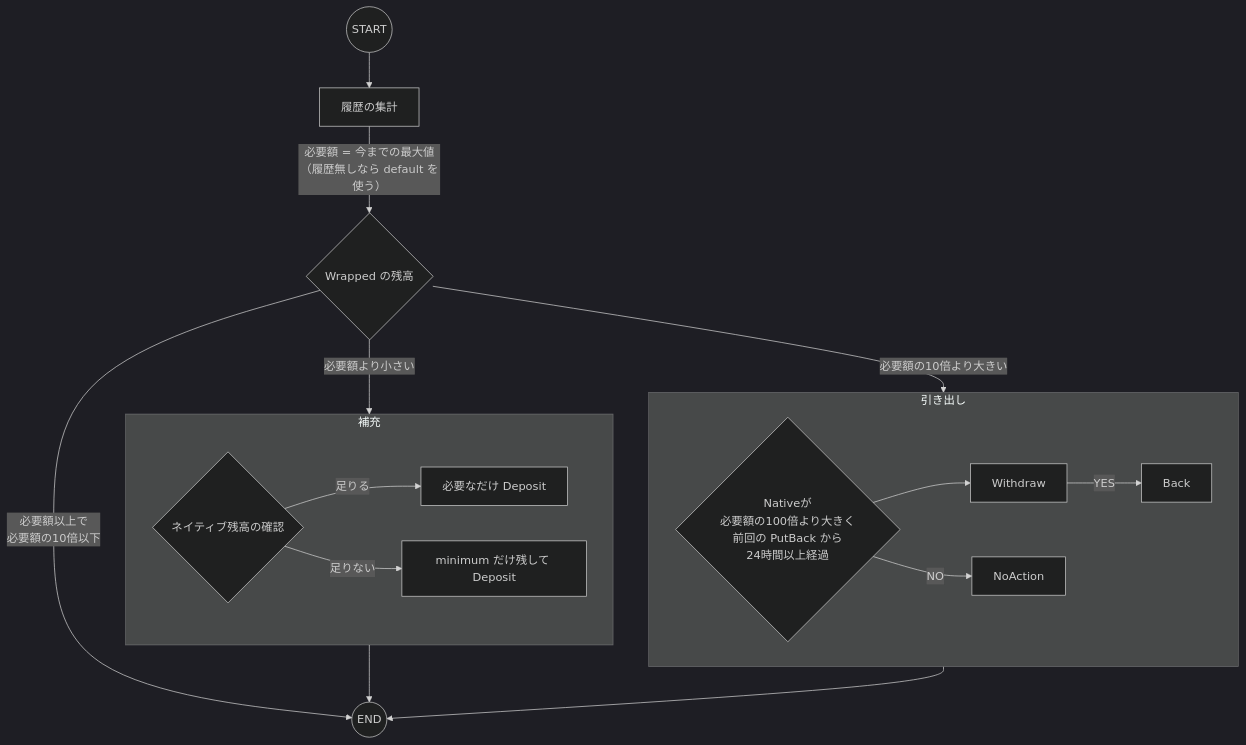
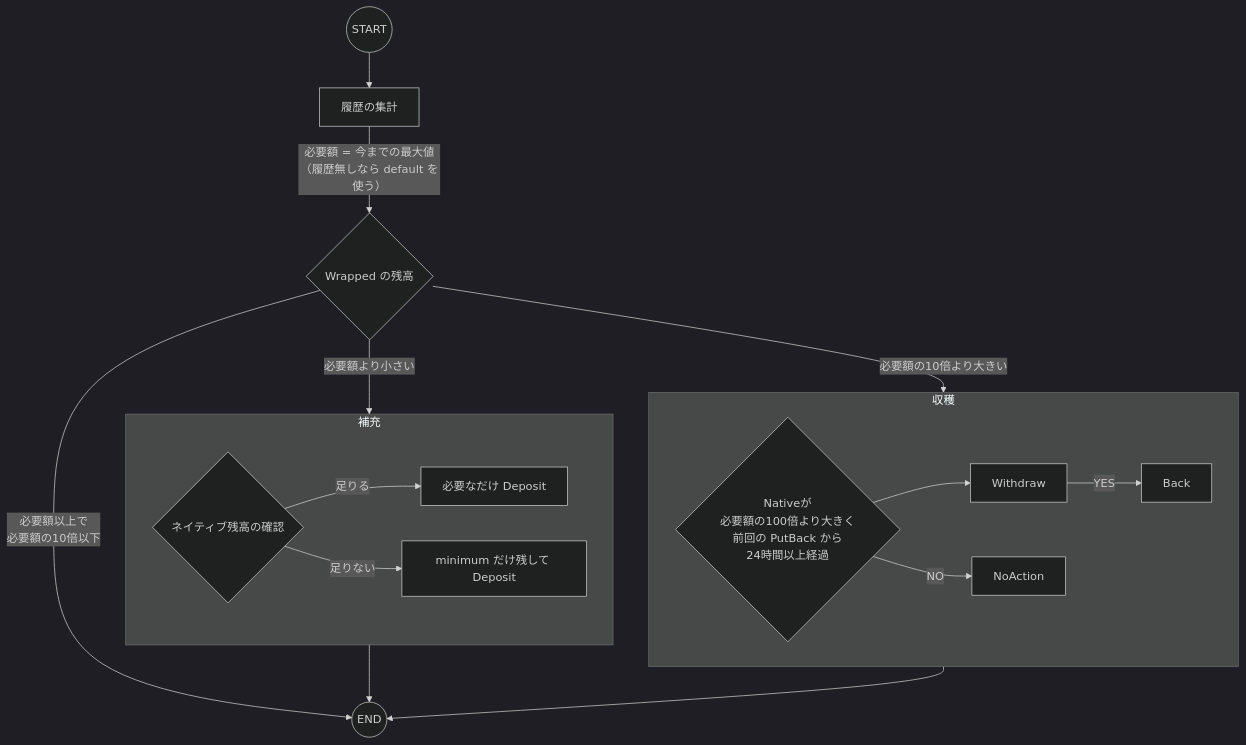
One commit to fathens/zaciraci changed the diagram in diagram/account_balance.mermaid. Above: the diagram before and after it, drawn with Mermaid (dark theme).

Commit message:
Update mermaid diagram to rename nodes and edges
Renamed nodes and edges to improve clarity and consistency in the account balance flow. Updated "PutBack" to "Harvest" and "PutWrap" to "Refill," along with associated labels for better readability and alignment with their functionalities.

```diff
--- a/diagram/account_balance.mermaid
+++ b/diagram/account_balance.mermaid
@@ -1,22 +1,22 @@
 graph TD
     Start((START)) --> StatsHistory[履歴の集計]
     StatsHistory -->|必要額 = 今までの最大値<br>（履歴無しなら default を使う）| WrappedAmount{Wrapped の残高}
-    WrappedAmount -->|必要額の10倍より大きい| PutBack
+    WrappedAmount -->|必要額の10倍より大きい| Harvest
     WrappedAmount -->|必要額以上で<br>必要額の10倍以下| End((END))
-    WrappedAmount -->|必要額より小さい| PutWrap
+    WrappedAmount -->|必要額より小さい| Refill
 
-    subgraph PutWrap[補充]
+    subgraph Refill[補充]
         CheckNative{ネイティブ残高の確認}
         CheckNative -->|足りる| DepositFull[必要なだけ Deposit]
         CheckNative -->|足りない| DepositLess[minimum だけ残して Deposit]
     end
 
-    subgraph PutBack[引き出し]
+    subgraph Harvest[収穫]
         NativeAmount{Nativeが<br>必要額の100倍より大きく<br>前回の PutBack から<br>24時間以上経過}
         NativeAmount --> Withdraw
         Withdraw -->|YES| Back
         NativeAmount -->|NO| NoAction
     end
 
-    PutWrap --> End
-    PutBack --> End
+    Refill --> End
+    Harvest --> End
```
